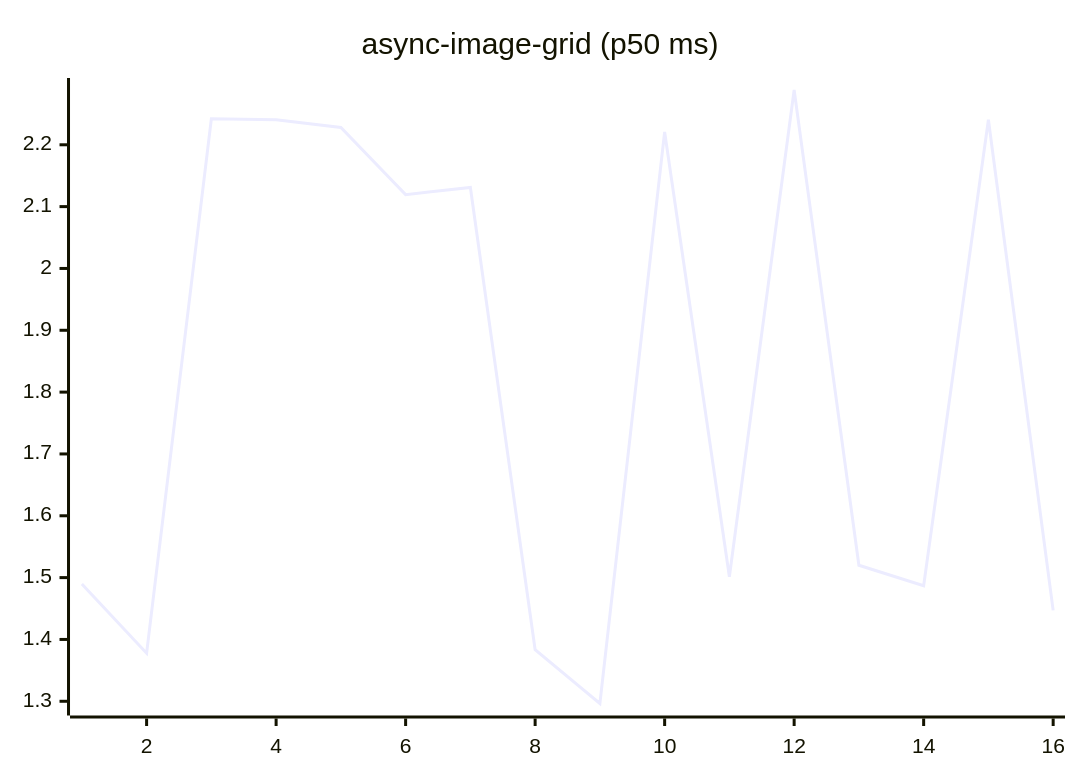
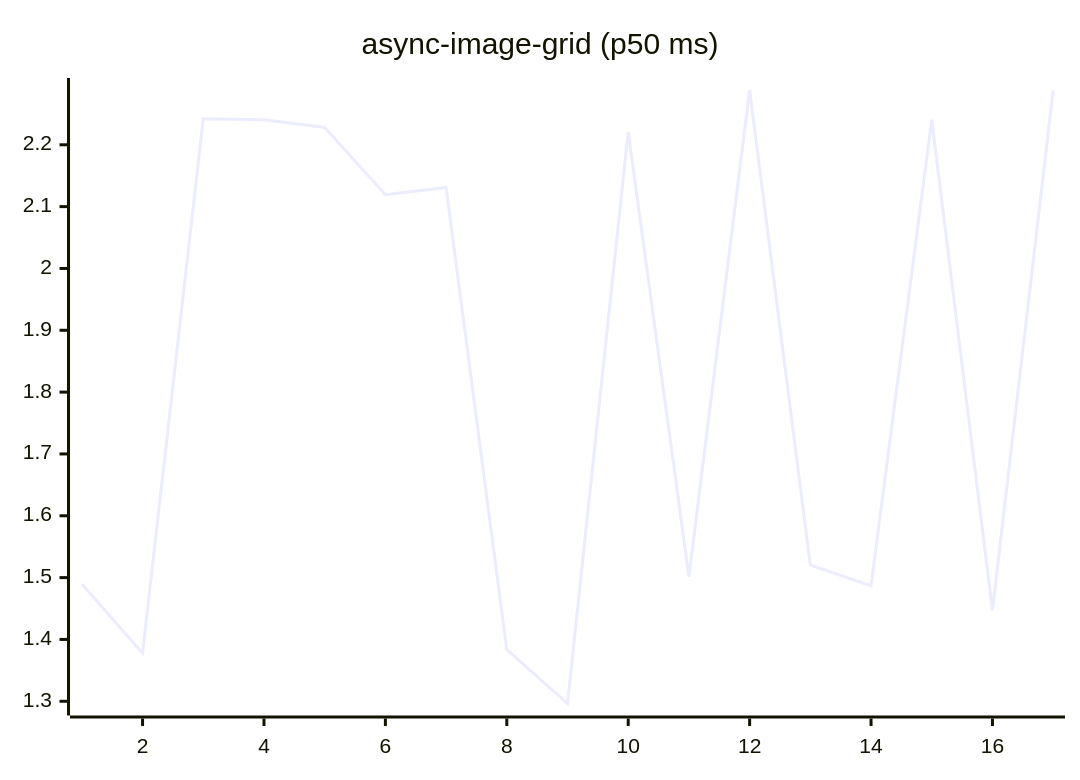
Before and after one commit to josha/Facet: the fifth of 27 diagrams in README.md, drawn with Mermaid. The commit also changed other lines of this file and 2 other files, not shown here.

````diff
--- a/README.md
+++ b/README.md
@@ -91,6 +91,6 @@
 ```mermaid
 xychart-beta
     title "async-image-grid (p50 ms)"
-    x-axis 1 --> 16
-    line [1.4898, 1.3778, 2.2419, 2.2404, 2.2280, 2.1194, 2.1310, 1.3834, 1.2964, 2.2208, 1.5015, 2.2886, 1.5200, 1.4868, 2.2404, 1.4470]
+    x-axis 1 --> 17
+    line [1.4898, 1.3778, 2.2419, 2.2404, 2.2280, 2.1194, 2.1310, 1.3834, 1.2964, 2.2208, 1.5015, 2.2886, 1.5200, 1.4868, 2.2404, 1.4470, 2.2880]
 ```
````
